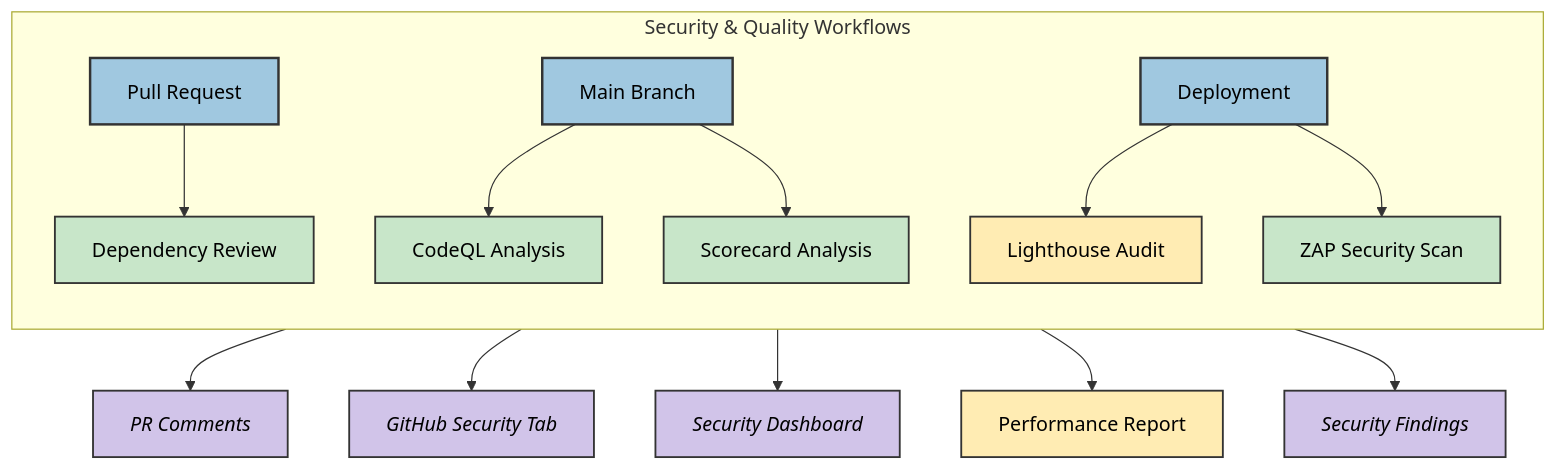
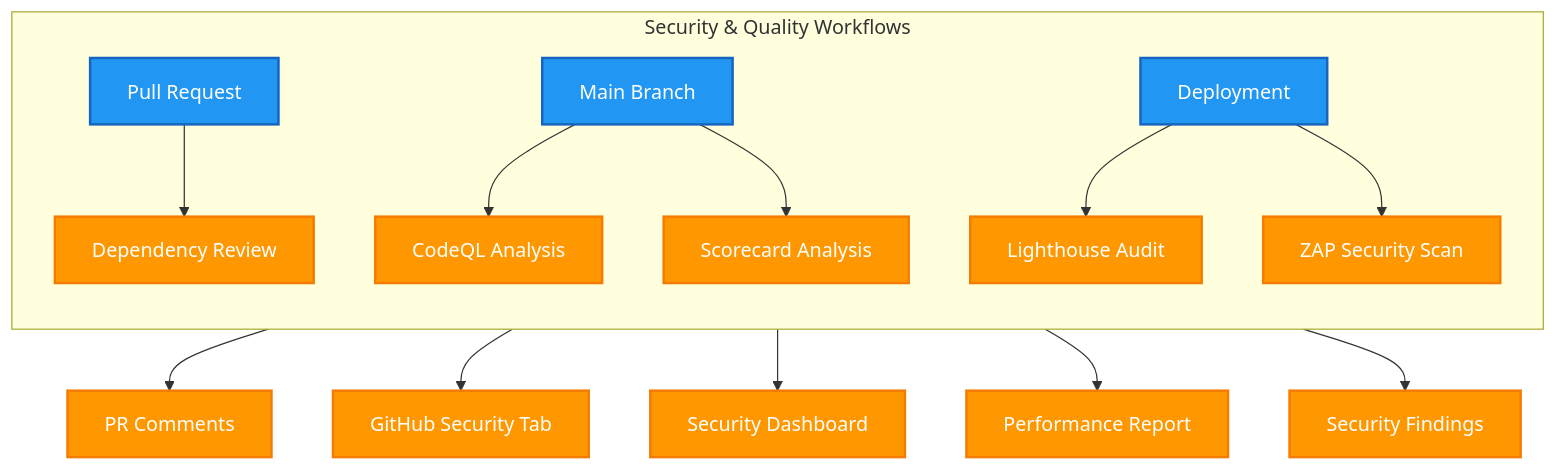
One commit to step-security-bot/cia-compliance-manager changed the tenth of 13 diagrams in docs/architecture/WORKFLOWS.md. Above: the diagram before and after it, drawn with Mermaid. The commit also changed other lines of this file and 27 other files, not shown here.

First line of the commit message:
fix: resolve broken mermaid diagrams and improve color coding to match ISMS style guide (#1106)

````diff
--- a/docs/architecture/WORKFLOWS.md
+++ b/docs/architecture/WORKFLOWS.md
@@ -1072,28 +1072,28 @@
 ```mermaid
 flowchart TD
     subgraph "Security & Quality Workflows"
         direction TB
         PR[Pull Request] --> DependencyReview[Dependency Review]
         Branch[Main Branch] --> CodeQL[CodeQL Analysis]
         Branch --> Scorecard[Scorecard Analysis]
         Deploy[Deployment] --> Lighthouse[Lighthouse Audit]
         Deploy --> ZAPScan[ZAP Security Scan]
     end
 
     DependencyReview --> Report1[PR Comments]
     CodeQL --> Report2[GitHub Security Tab]
     Scorecard --> Report3[Security Dashboard]
     Lighthouse --> Report4[Performance Report]
     ZAPScan --> Report5[Security Findings]
 
     %% Enhanced styling with improved grouping
-    classDef sourceNode fill:#a0c8e0,stroke:#333,stroke-width:2px,color:black
-    classDef scanNode fill:#c8e6c9,stroke:#333,stroke-width:1.5px,color:black
-    classDef reportNode fill:#d1c4e9,stroke:#333,stroke-width:1.5px,color:black,font-style:italic
-    classDef auditNode fill:#ffecb3,stroke:#333,stroke-width:1.5px,color:black
+    classDef sourceNode fill:#2196F3,stroke:#1565C0,stroke-width:2px,color:#ffffff
+    classDef scanNode fill:#FF9800,stroke:#F57C00,stroke-width:2px,color:#ffffff
+    classDef reportNode fill:#FF9800,stroke:#F57C00,stroke-width:2px,color:#ffffff
+    classDef auditNode fill:#FF9800,stroke:#F57C00,stroke-width:2px,color:#ffffff
 
     class PR,Branch,Deploy sourceNode
     class DependencyReview,CodeQL,Scorecard,ZAPScan scanNode
     class Report1,Report2,Report3,Report5 reportNode
     class Lighthouse,Report4 auditNode
 ```
````
